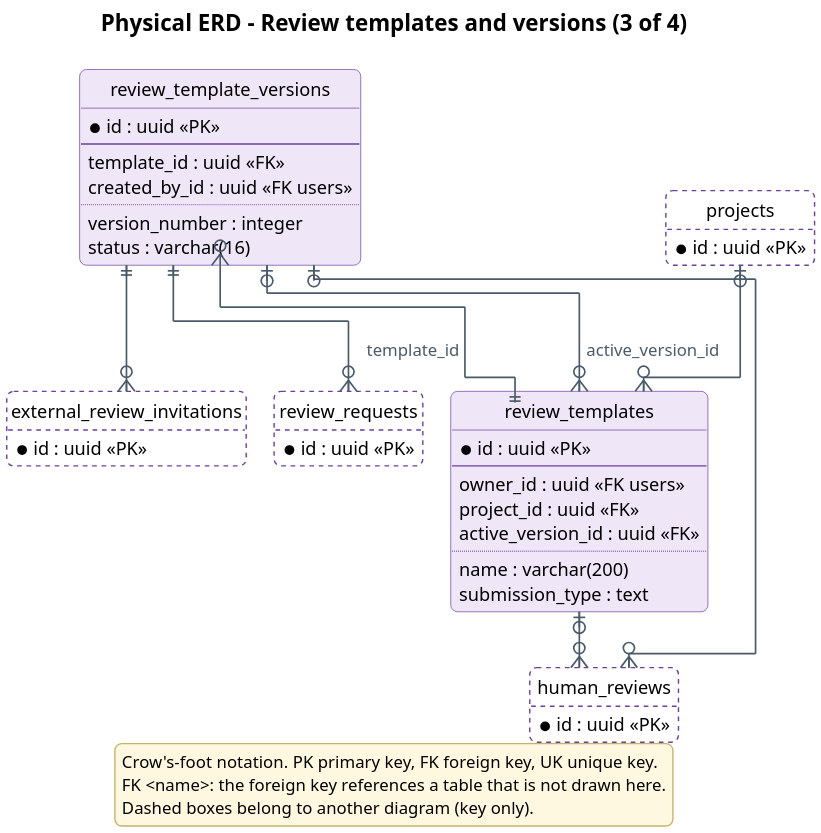
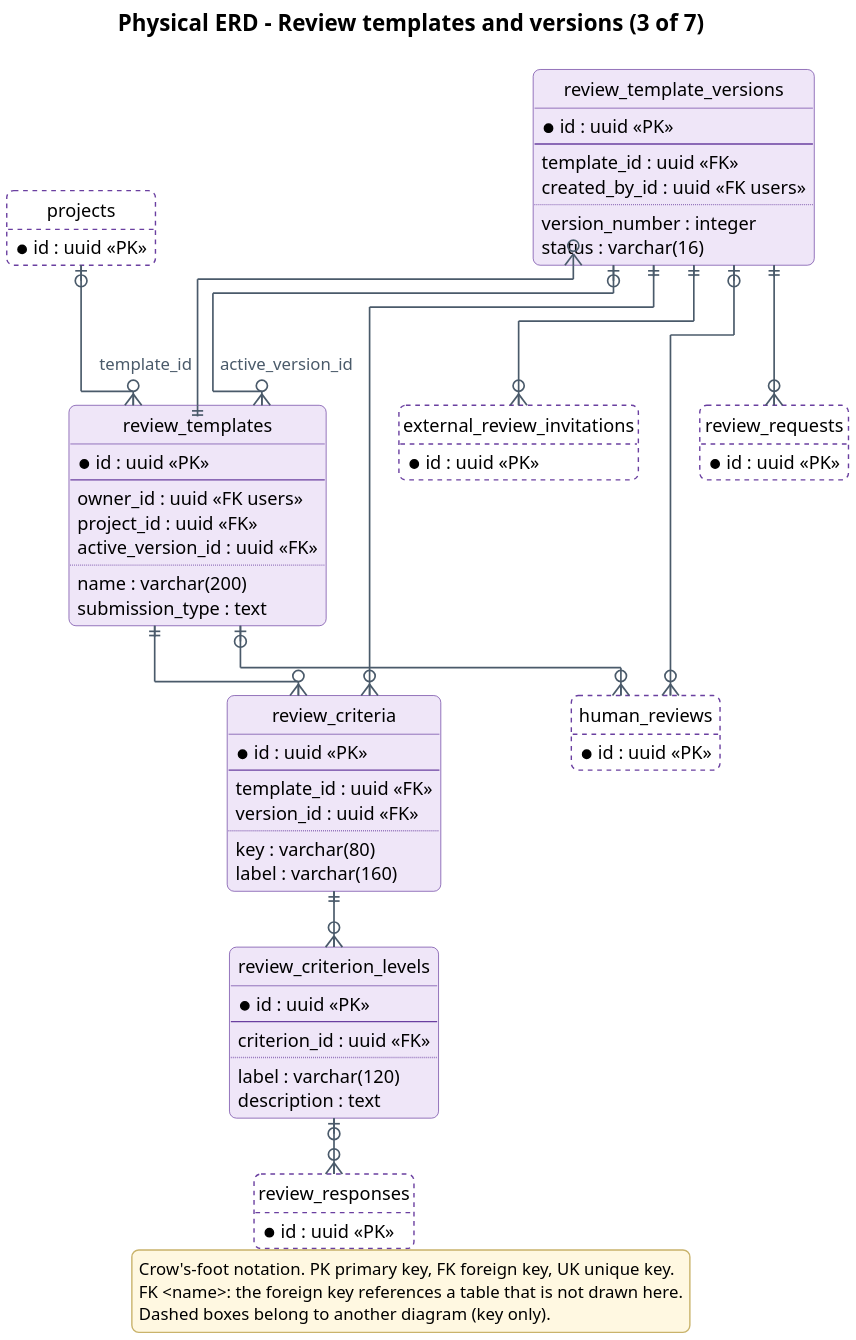
The diagram in docs/diagrams/report4/R4_ERD_review_c.puml (Khoa-Hoa-Technology-Solution-Company/lumi-gap), drawn with PlantUML before and after one commit. The commit also changed 202 other files, not shown here.

First line of the commit message:
docs: relayout report diagrams with orthogonal hand-placed layouts

```diff
--- a/docs/diagrams/report4/R4_ERD_review_c.puml
+++ b/docs/diagrams/report4/R4_ERD_review_c.puml
@@ -1,71 +1,95 @@
 @startuml
 !pragma layout elk
 skinparam dpi 200
 skinparam defaultFontName "Segoe UI"
 skinparam defaultFontSize 13
 skinparam shadowing false
 skinparam roundCorner 10
 skinparam backgroundColor #FFFFFF
 skinparam ArrowColor #4A5A6A
 skinparam ArrowThickness 1.2
 skinparam ArrowFontSize 12
 skinparam ArrowFontColor #4A5A6A
 skinparam TitleFontSize 16
 skinparam TitleFontStyle bold
 skinparam entity {
   BackgroundColor #EFE6F8
   BorderColor #6A3FA0
 }
 skinparam legend {
   BackgroundColor #FFF8E1
   BorderColor #C9B36B
   FontSize 12
 }
 skinparam stereotypeFontSize 10
 hide circle
 hide empty methods
-title Physical ERD - Review templates and versions (3 of 4)
+title Physical ERD - Review templates and versions (3 of 7)
 entity review_templates #EFE6F8;line:6A3FA0 {
   * id : uuid <<PK>>
   --
   owner_id : uuid <<FK users>>
   project_id : uuid <<FK>>
   active_version_id : uuid <<FK>>
   ..
   name : varchar(200)
   submission_type : text
 }
 entity review_template_versions #EFE6F8;line:6A3FA0 {
   * id : uuid <<PK>>
   --
   template_id : uuid <<FK>>
   created_by_id : uuid <<FK users>>
   ..
   version_number : integer
   status : varchar(16)
 }
+entity review_criteria #EFE6F8;line:6A3FA0 {
+  * id : uuid <<PK>>
+  --
+  template_id : uuid <<FK>>
+  version_id : uuid <<FK>>
+  ..
+  key : varchar(80)
+  label : varchar(160)
+}
+entity review_criterion_levels #EFE6F8;line:6A3FA0 {
+  * id : uuid <<PK>>
+  --
+  criterion_id : uuid <<FK>>
+  ..
+  label : varchar(120)
+  description : text
+}
 entity projects #FFFFFF;line:6A3FA0;line.dashed {
   * id : uuid <<PK>>
 }
 entity human_reviews #FFFFFF;line:6A3FA0;line.dashed {
   * id : uuid <<PK>>
 }
 entity review_requests #FFFFFF;line:6A3FA0;line.dashed {
   * id : uuid <<PK>>
 }
 entity external_review_invitations #FFFFFF;line:6A3FA0;line.dashed {
   * id : uuid <<PK>>
 }
+entity review_responses #FFFFFF;line:6A3FA0;line.dashed {
+  * id : uuid <<PK>>
+}
 projects |o--o{ review_templates
+review_criteria ||--o{ review_criterion_levels
+review_criterion_levels |o--o{ review_responses
 review_template_versions ||--o{ external_review_invitations
 review_template_versions |o--o{ human_reviews
+review_template_versions ||--o{ review_criteria
 review_template_versions ||--o{ review_requests
 review_template_versions |o--o{ review_templates : active_version_id
 review_templates |o--o{ human_reviews
+review_templates ||--o{ review_criteria
 review_templates ||--o{ review_template_versions : template_id
 legend bottom
 Crow's-foot notation. PK primary key, FK foreign key, UK unique key.
 FK <name>: the foreign key references a table that is not drawn here.
 Dashed boxes belong to another diagram (key only).
 endlegend
 @enduml
```
